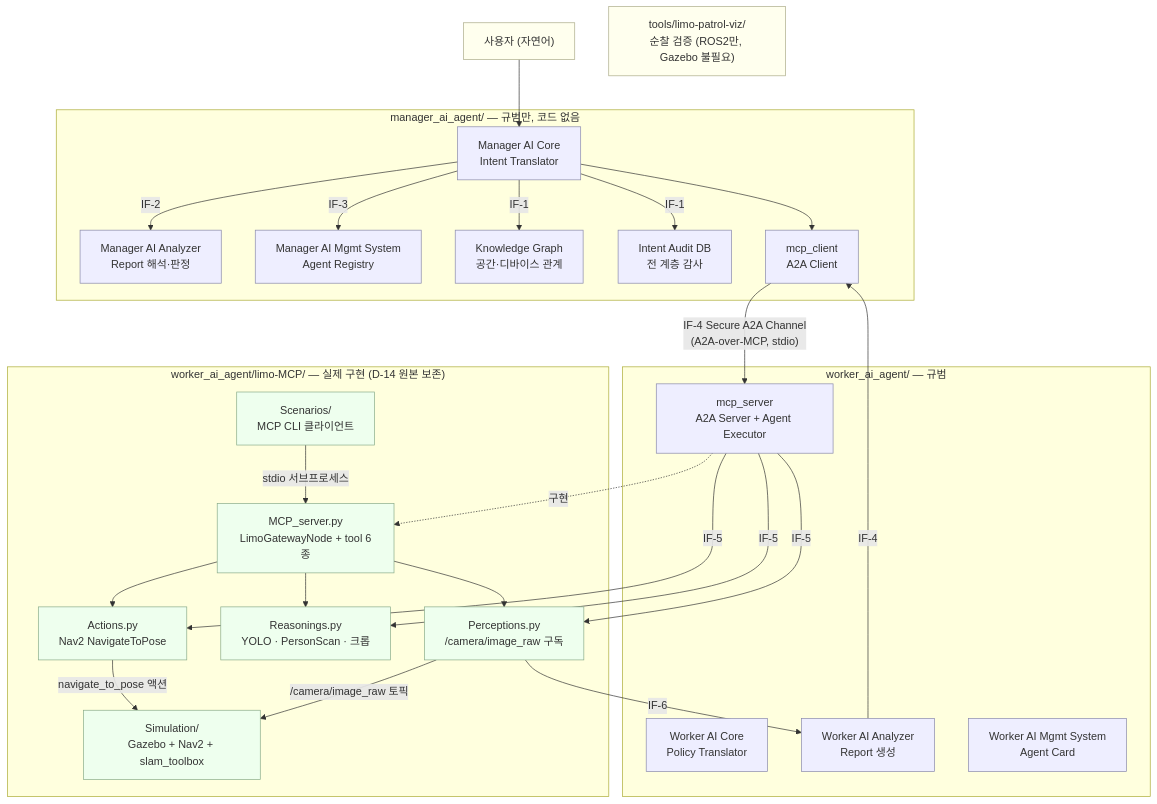
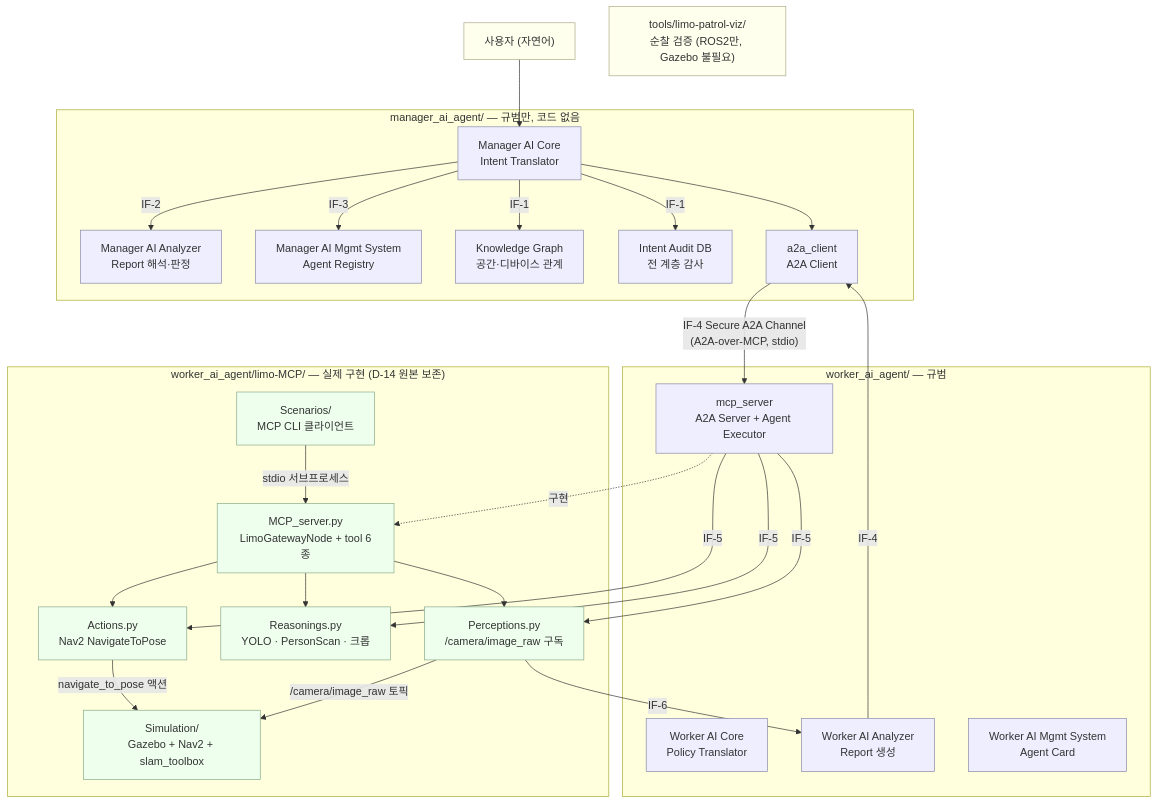
One commit to kunghun-jeong/Ai-living-care changed the diagram in docs/architecture.md. Above: the diagram before and after it, drawn with Mermaid. The commit also changed other lines of this file and 54 other files, not shown here.

First line of the commit message:
manager: mcp_client→a2a_client 전환 + graph_inference를 knowledge_graph/manager_ai_core로 흡수 + frontend 스캐폴드 추가

````diff
--- a/docs/architecture.md
+++ b/docs/architecture.md
@@ -8,60 +8,60 @@
 ```mermaid
 graph TD
     U["사용자 (자연어)"] --> MAC
 
     subgraph MA["manager_ai_agent/ — 규범만, 코드 없음"]
         MAC["Manager AI Core<br/>Intent Translator"]
         MAA["Manager AI Analyzer<br/>Report 해석·판정"]
         MAMS["Manager AI Mgmt System<br/>Agent Registry"]
         KG["Knowledge Graph<br/>공간·디바이스 관계"]
         IAD["Intent Audit DB<br/>전 계층 감사"]
-        MCLI["mcp_client<br/>A2A Client"]
+        MCLI["a2a_client<br/>A2A Client"]
     end
 
     MAC -->|IF-1| KG
     MAC -->|IF-1| IAD
     MAC -->|IF-2| MAA
     MAC -->|IF-3| MAMS
     MAC --> MCLI
 
     MCLI -->|"IF-4 Secure A2A Channel<br/>(A2A-over-MCP, stdio)"| MSRV
 
     subgraph WA["worker_ai_agent/ — 규범"]
         WAC["Worker AI Core<br/>Policy Translator"]
         WAA["Worker AI Analyzer<br/>Report 생성"]
         WAMS["Worker AI Mgmt System<br/>Agent Card"]
         MSRV["mcp_server<br/>A2A Server + Agent Executor"]
     end
 
     subgraph IMPL["worker_ai_agent/limo-MCP/ — 실제 구현 (D-14 원본 보존)"]
         SRV["MCP_server.py<br/>LimoGatewayNode + tool 6종"]
         PF["Perceptions.py<br/>/camera/image_raw 구독"]
         RF["Reasonings.py<br/>YOLO · PersonScan · 크롭"]
         AF["Actions.py<br/>Nav2 NavigateToPose"]
         SIM["Simulation/<br/>Gazebo + Nav2 + slam_toolbox"]
         SCN["Scenarios/<br/>MCP CLI 클라이언트"]
     end
 
     MSRV -.구현.-> SRV
     SRV --> PF
     SRV --> RF
     SRV --> AF
     AF -->|"navigate_to_pose 액션"| SIM
     PF -->|"/camera/image_raw 토픽"| SIM
     SCN -->|"stdio 서브프로세스"| SRV
 
     MSRV -->|IF-5| PF
     MSRV -->|IF-5| RF
     MSRV -->|IF-5| AF
     PF -->|IF-6| WAA
     WAA -->|IF-4| MCLI
 
     TOOL["tools/limo-patrol-viz/<br/>순찰 검증 (ROS2만, Gazebo 불필요)"]
 
     classDef norm fill:#eef,stroke:#88a
     classDef impl fill:#efe,stroke:#8a8
     classDef ext fill:#ffe,stroke:#aa8
     class MAC,MAA,MAMS,KG,IAD,MCLI,WAC,WAA,WAMS,MSRV norm
     class SRV,PF,RF,AF,SIM,SCN impl
     class TOOL,U ext
 ```
````
